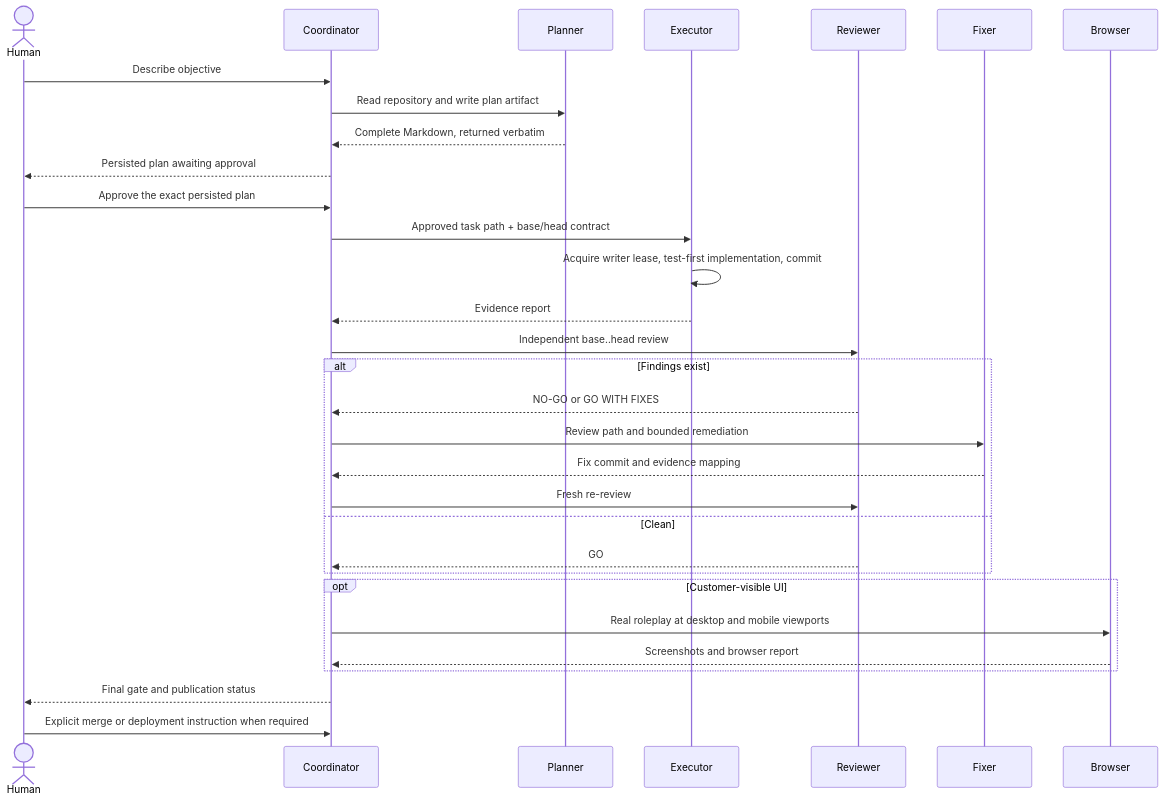
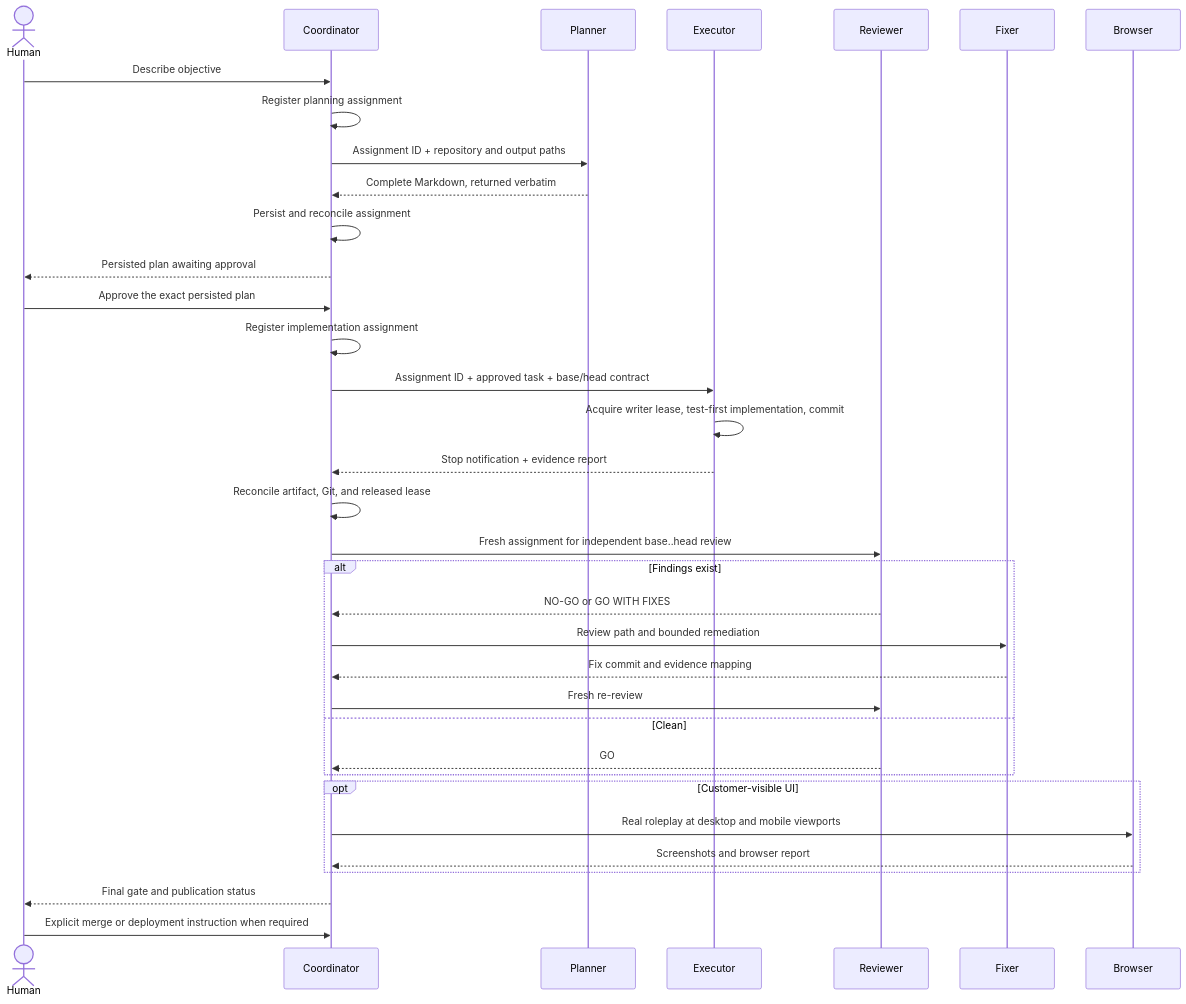
One commit to wantanwonderland/codex-dev-orchestrator changed the second of 3 diagrams in README.md. Above: the diagram before and after it, drawn with Mermaid. The commit also changed other lines of this file and 33 other files, not shown here.

````diff
--- a/README.md
+++ b/README.md
@@ -51,34 +51,38 @@
 ```mermaid
 sequenceDiagram
     actor Human
     participant Coordinator
     participant Planner
     participant Executor
     participant Reviewer
     participant Fixer
     participant Browser
 
     Human->>Coordinator: Describe objective
-    Coordinator->>Planner: Read repository and write plan artifact
+    Coordinator->>Coordinator: Register planning assignment
+    Coordinator->>Planner: Assignment ID + repository and output paths
     Planner-->>Coordinator: Complete Markdown, returned verbatim
+    Coordinator->>Coordinator: Persist and reconcile assignment
     Coordinator-->>Human: Persisted plan awaiting approval
     Human->>Coordinator: Approve the exact persisted plan
-    Coordinator->>Executor: Approved task path + base/head contract
+    Coordinator->>Coordinator: Register implementation assignment
+    Coordinator->>Executor: Assignment ID + approved task + base/head contract
     Executor->>Executor: Acquire writer lease, test-first implementation, commit
-    Executor-->>Coordinator: Evidence report
-    Coordinator->>Reviewer: Independent base..head review
+    Executor-->>Coordinator: Stop notification + evidence report
+    Coordinator->>Coordinator: Reconcile artifact, Git, and released lease
+    Coordinator->>Reviewer: Fresh assignment for independent base..head review
     alt Findings exist
         Reviewer-->>Coordinator: NO-GO or GO WITH FIXES
         Coordinator->>Fixer: Review path and bounded remediation
         Fixer-->>Coordinator: Fix commit and evidence mapping
         Coordinator->>Reviewer: Fresh re-review
     else Clean
         Reviewer-->>Coordinator: GO
     end
     opt Customer-visible UI
         Coordinator->>Browser: Real roleplay at desktop and mobile viewports
         Browser-->>Coordinator: Screenshots and browser report
     end
     Coordinator-->>Human: Final gate and publication status
     Human->>Coordinator: Explicit merge or deployment instruction when required
 ```
````
